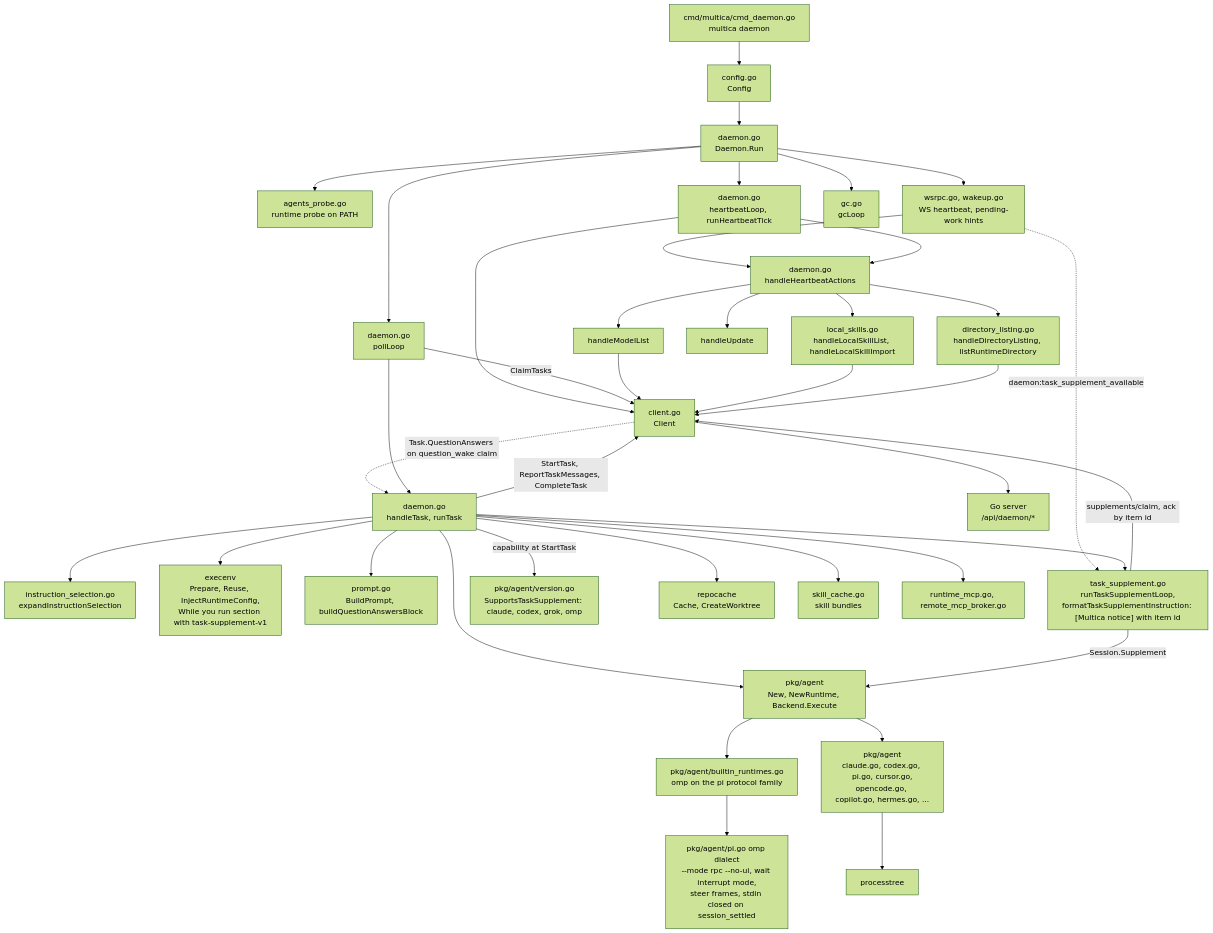
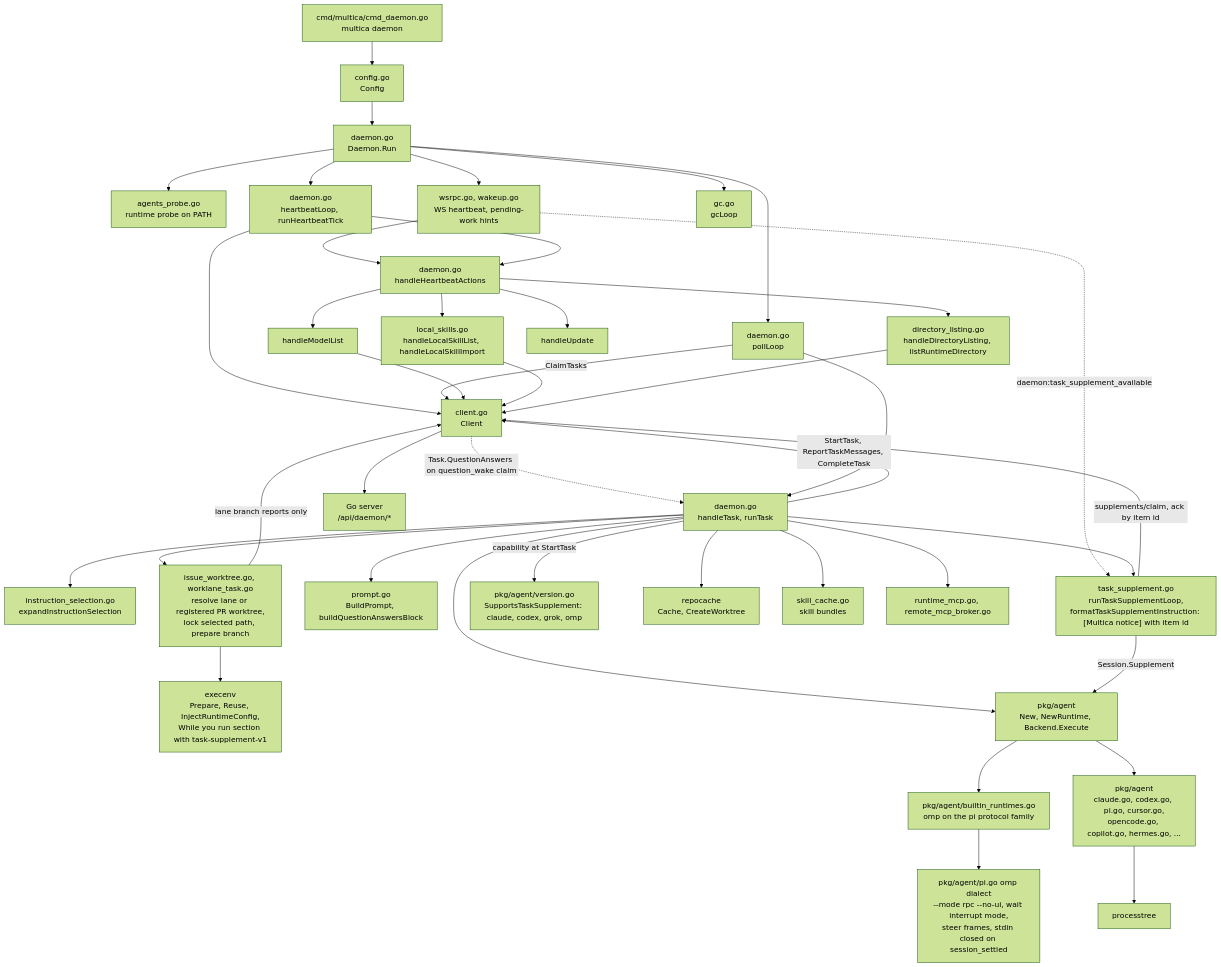
Before and after one commit to appboypov/multica: the third of 7 diagrams in specs/docs/system-design.md, drawn with Mermaid (forest theme).

Commit message:
docs: map PR worktree routing (WORK-1173)

````diff
--- a/specs/docs/system-design.md
+++ b/specs/docs/system-design.md
@@ -189,70 +189,72 @@
 ```mermaid
 flowchart TB
   cmd["cmd/multica/cmd_daemon.go<br/>multica daemon"]
   config["config.go<br/>Config"]
   run["daemon.go<br/>Daemon.Run"]
   probe["agents_probe.go<br/>runtime probe on PATH"]
   client["client.go<br/>Client"]
   hb["daemon.go<br/>heartbeatLoop, runHeartbeatTick"]
   ws["wsrpc.go, wakeup.go<br/>WS heartbeat, pending-work hints"]
   actions["daemon.go<br/>handleHeartbeatActions"]
   models["handleModelList"]
   localskills["local_skills.go<br/>handleLocalSkillList, handleLocalSkillImport"]
   dirlist["directory_listing.go<br/>handleDirectoryListing, listRuntimeDirectory"]
   selection["instruction_selection.go<br/>expandInstructionSelection"]
   update["handleUpdate"]
   poll["daemon.go<br/>pollLoop"]
   task["daemon.go<br/>handleTask, runTask"]
+  worktrees["issue_worktree.go, worklane_task.go<br/>resolve lane or registered PR worktree,<br/>lock selected path, prepare branch"]
   execenv["execenv<br/>Prepare, Reuse, InjectRuntimeConfig,<br/>While you run section with task-supplement-v1"]
   prompt["prompt.go<br/>BuildPrompt, buildQuestionAnswersBlock"]
   supp["task_supplement.go<br/>runTaskSupplementLoop,<br/>formatTaskSupplementInstruction: [Multica notice] with item id"]
   version["pkg/agent/version.go<br/>SupportsTaskSupplement: claude, codex, grok, omp"]
   repocache["repocache<br/>Cache, CreateWorktree"]
   skillcache["skill_cache.go<br/>skill bundles"]
   mcp["runtime_mcp.go, remote_mcp_broker.go"]
   agentpkg["pkg/agent<br/>New, NewRuntime, Backend.Execute"]
   builtin["pkg/agent/builtin_runtimes.go<br/>omp on the pi protocol family"]
   omprpc["pkg/agent/pi.go omp dialect<br/>--mode rpc --no-ui, wait interrupt mode,<br/>steer frames, stdin closed on session_settled"]
   backends["pkg/agent<br/>claude.go, codex.go, pi.go, cursor.go,<br/>opencode.go, copilot.go, hermes.go, ..."]
   procs["processtree"]
   gc["gc.go<br/>gcLoop"]
   server["Go server<br/>/api/daemon/*"]
 
   cmd --> config --> run
   run --> probe
   run --> hb
   run --> ws
   run --> poll
   run --> gc
   hb --> client
   ws --> actions
   hb --> actions
   actions --> models
   actions --> localskills
   actions --> dirlist
   actions --> update
   poll -->|"ClaimTasks"| client
   client -.->|"Task.QuestionAnswers on question_wake claim"| task
   poll --> task
   task --> selection
-  task --> execenv
+  task --> worktrees --> execenv
+  worktrees -->|"lane branch reports only"| client
   task --> prompt
   task --> repocache
   task --> skillcache
   task --> mcp
   task --> agentpkg
   agentpkg --> builtin
   agentpkg --> backends
   builtin --> omprpc
   task -->|"capability at StartTask"| version
   ws -.->|"daemon:task_supplement_available"| supp
   task --> supp
   supp -->|"supplements/claim, ack by item id"| client
   supp -->|"Session.Supplement"| agentpkg
   backends --> procs
   task -->|"StartTask, ReportTaskMessages, CompleteTask"| client
   models --> client
   localskills --> client
   dirlist --> client
   client --> server
 ```
````
